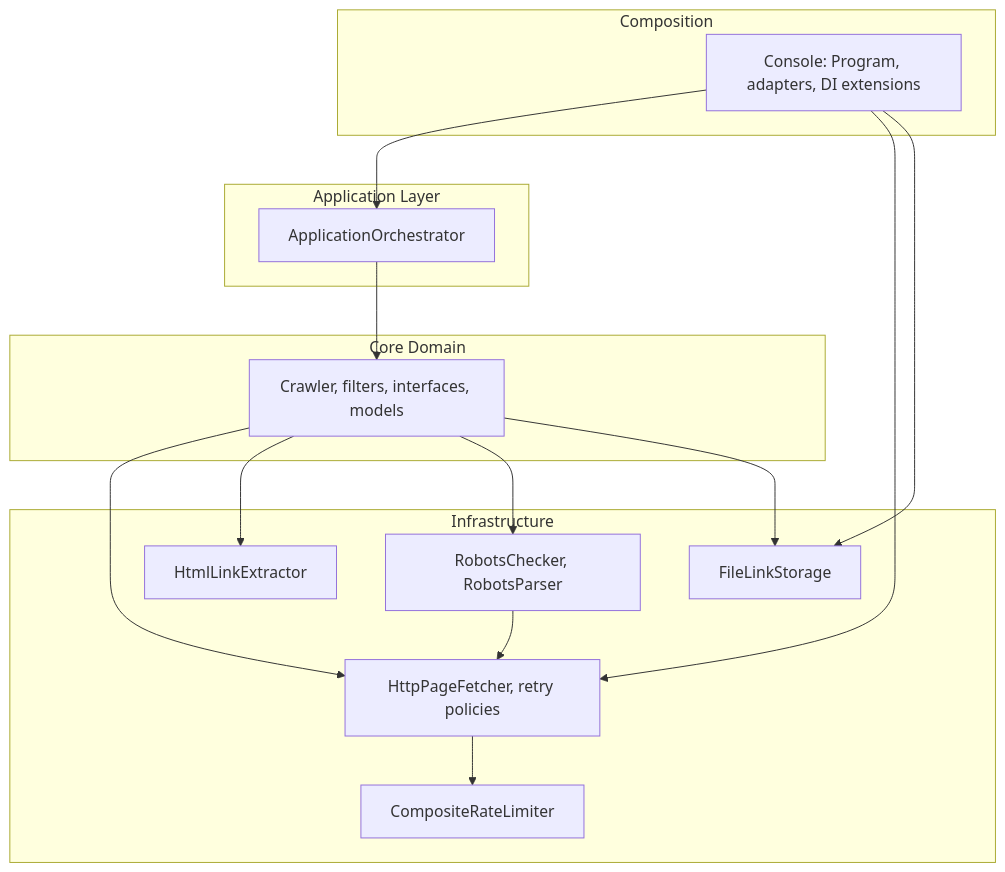
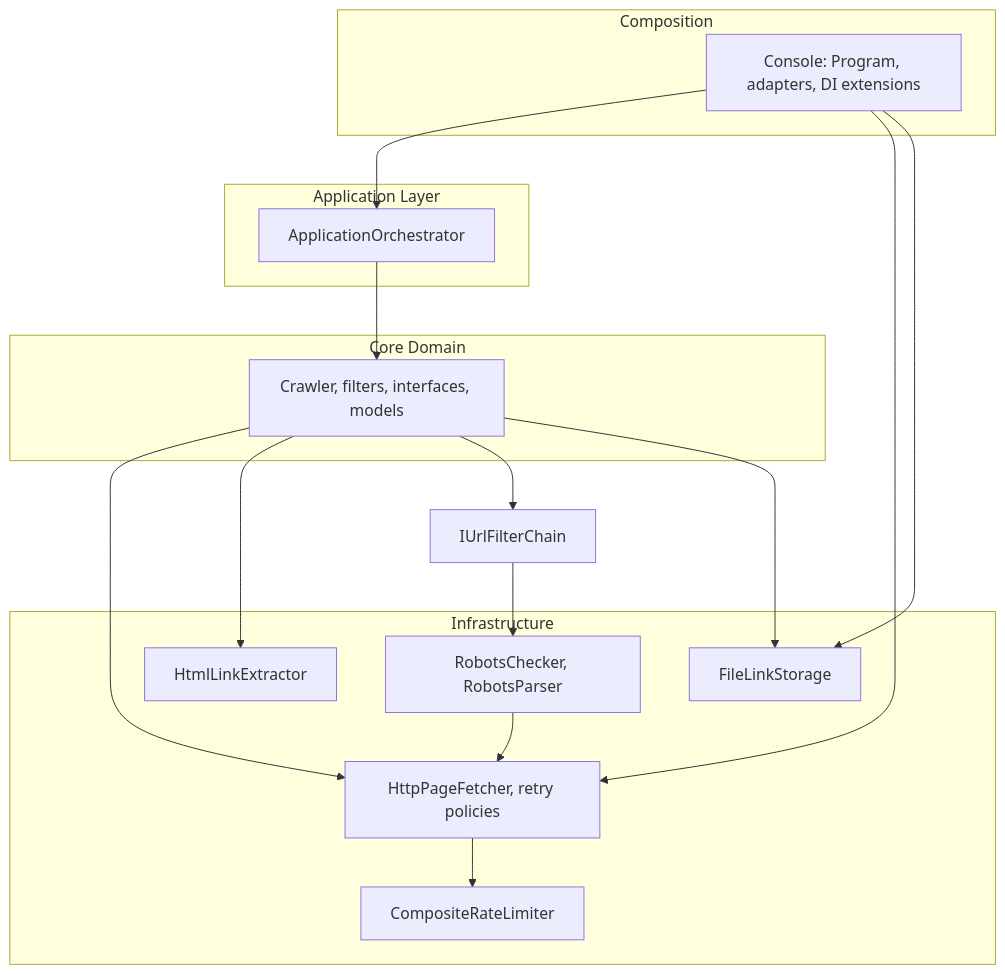
Before and after one commit to harshaniranawaka81/WebCrawler: the third of 3 diagrams in Documentation/ARCHITECTURE.md, drawn with Mermaid. The commit also changed other lines of this file and 39 other files, not shown here.

````diff
--- a/Documentation/ARCHITECTURE.md
+++ b/Documentation/ARCHITECTURE.md
@@ -53,29 +56,30 @@
 ```mermaid
 flowchart TB
     subgraph Composition
         Console[Console: Program, adapters, DI extensions]
     end
     subgraph Application Layer
         Orchestrator[ApplicationOrchestrator]
     end
     subgraph Core Domain
         Crawler[Crawler, filters, interfaces, models]
     end
     subgraph Infrastructure
         Http[HttpPageFetcher, retry policies]
         Parsing[HtmlLinkExtractor]
         Robots[RobotsChecker, RobotsParser]
         RateLimit[CompositeRateLimiter]
         Storage[FileLinkStorage]
     end
     Console --> Orchestrator
     Console --> Http
     Console --> Storage
     Orchestrator --> Crawler
     Crawler --> Http
     Crawler --> Parsing
-    Crawler --> Robots
+    Crawler --> Filters[IUrlFilterChain]
+    Filters --> Robots
     Crawler --> Storage
     Http --> RateLimit
     Robots --> Http
 ```
````
